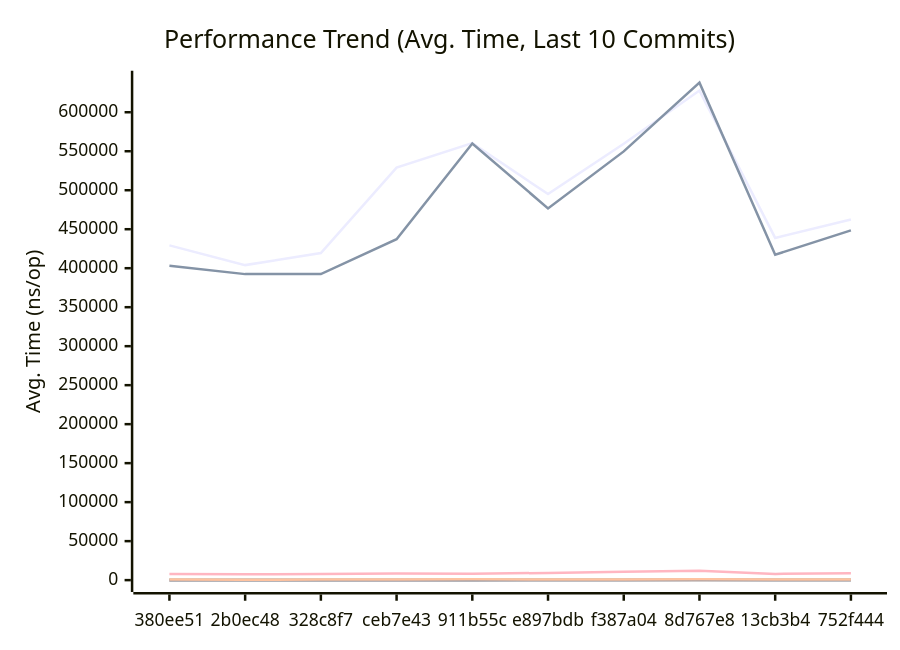
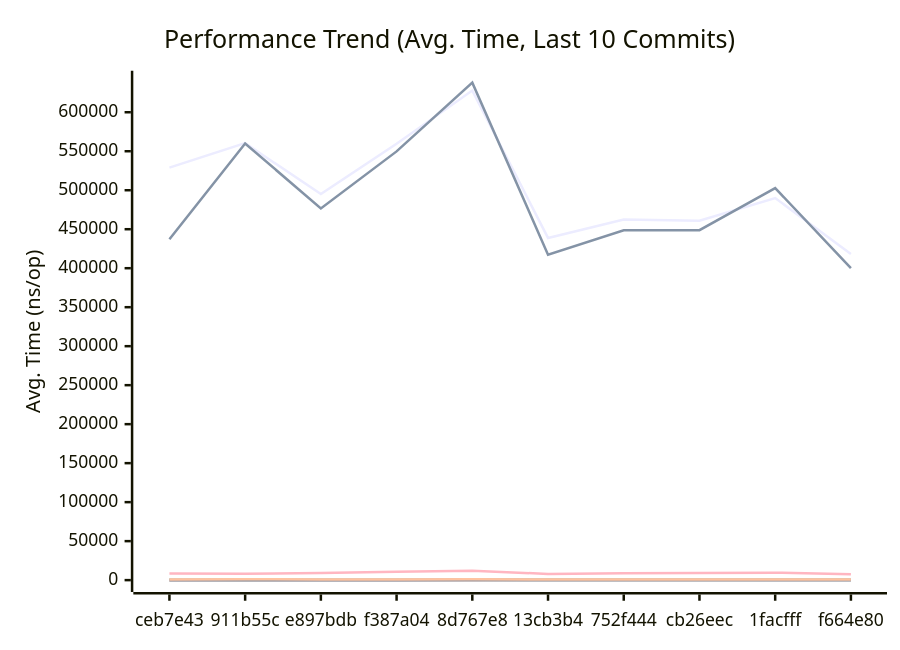
One commit to alsotoes/momo changed the first of 3 diagrams in docs/PERFORMANCE.md. Above: the diagram before and after it, drawn with Mermaid. The commit also changed other lines of this file and 10 other files, not shown here.

````diff
--- a/docs/PERFORMANCE.md
+++ b/docs/PERFORMANCE.md
@@ -145,20 +145,20 @@
 ```mermaid
 xychart-beta
     title "Performance Trend (Avg. Time, Last 10 Commits)"
     x-axis "Commit"
     y-axis "Avg. Time (ns/op)"
-    x-axis [380ee51,2b0ec48,328c8f7,ceb7e43,911b55c,e897bdb,f387a04,8d767e8,13cb3b4,752f444]
-    line "AWSChunkedReaderSigned" [429229,403967,419399,528932,560369,495010,559620,627798,438813,462513]
-    line "AWSChunkedReaderUnsigned" [403247,392414,392490,437150,559938,476646,549790,637979,417363,448517]
-    line "CheckMetricsAndSwap" [9,7,7,9,12,10,10,10,8,9]
-    line "CrushOptimized" [301,316,290,369,320,353,417,536,370,424]
-    line "CrushOriginal" [423,386,392,431,406,535,558,630,460,605]
+    x-axis [ceb7e43,911b55c,e897bdb,f387a04,8d767e8,13cb3b4,752f444,cb26eec,1facfff,f664e80]
+    line "AWSChunkedReaderSigned" [528932,560369,495010,559620,627798,438813,462513,460953,489981,418132]
+    line "AWSChunkedReaderUnsigned" [437150,559938,476646,549790,637979,417363,448517,448767,502752,400163]
+    line "CheckMetricsAndSwap" [9,12,10,10,10,8,9,9,10,7]
+    line "CrushOptimized" [369,320,353,417,536,370,424,329,313,300]
+    line "CrushOriginal" [431,406,535,558,630,460,605,462,474,395]
     line "IndexDirectTracking" [0,0,0,0,0,0,0,0,0,0]
     line "IndexSearch" [3,3,3,3,3,3,3,3,3,3]
-    line "LoadGlobalConfig" [7976,7514,7727,8630,8163,9243,10867,11980,7965,8740]
-    line "PadString" [39,38,39,42,39,46,56,63,39,42]
+    line "LoadGlobalConfig" [8630,8163,9243,10867,11980,7965,8740,9209,9546,7608]
+    line "PadString" [42,39,46,56,63,39,42,51,49,39]
     line "ParseReplicationOrder_NoPrealloc" [350,349,357,354,345,225,229,165,232,234]
     line "ParseReplicationOrder_Prealloc" [229,231,237,234,229,108,107,80,110,109]
-    line "SanitizeLog/Safe" [229,221,212,221,218,262,255,336,234,225]
-    line "SanitizeLog/Unsafe" [668,634,643,707,1259,759,960,1005,654,741]
+    line "SanitizeLog/Safe" [221,218,262,255,336,234,225,309,240,224]
+    line "SanitizeLog/Unsafe" [707,1259,759,960,1005,654,741,781,861,650]
 ```
````
